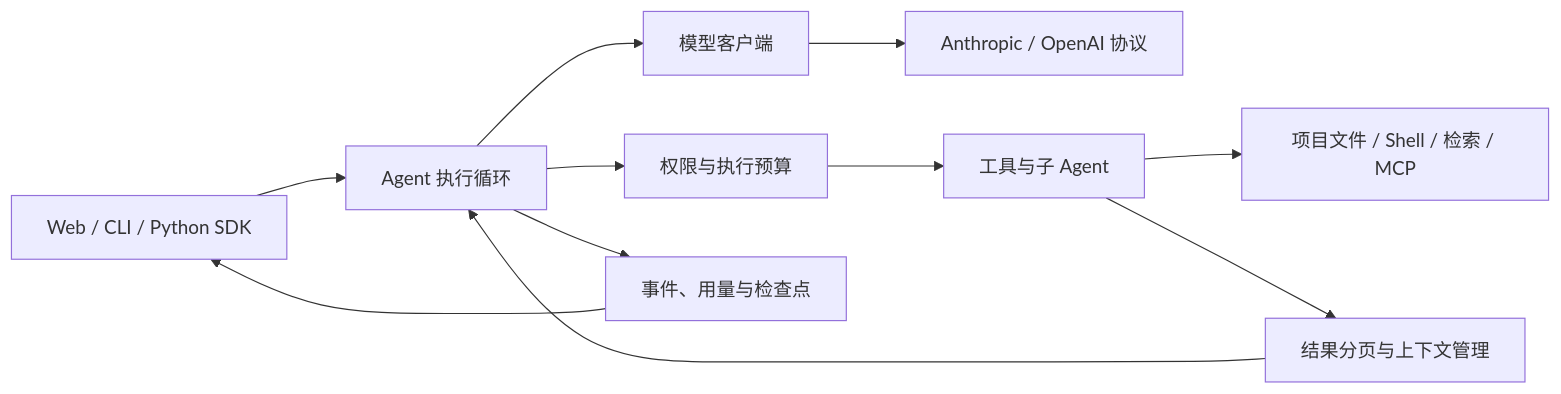
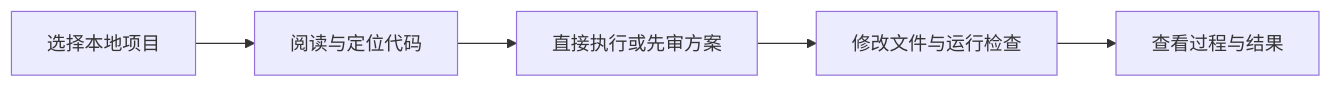
Before and after one commit to jerry021211/CodeWeft: the diagram in README.md, drawn with Mermaid. The commit also changed other lines of this file and 21 other files, not shown here.

````diff
--- a/README.md
+++ b/README.md
@@ -120,13 +114,7 @@
 ```mermaid
 flowchart LR
-    U[Web / CLI / Python SDK] --> A[Agent 执行循环]
-    A --> M[模型客户端]
-    M --> P[Anthropic / OpenAI 协议]
-    A --> G[权限与执行预算]
-    G --> T[工具与子 Agent]
-    T --> W[项目文件 / Shell / 检索 / MCP]
-    T --> C[结果分页与上下文管理]
-    C --> A
-    A --> E[事件、用量与检查点]
-    E --> U
+    A[选择本地项目] --> B[阅读与定位代码]
+    B --> C[直接执行或先审方案]
+    C --> D[修改文件与运行检查]
+    D --> E[查看过程与结果]
 ```
````
